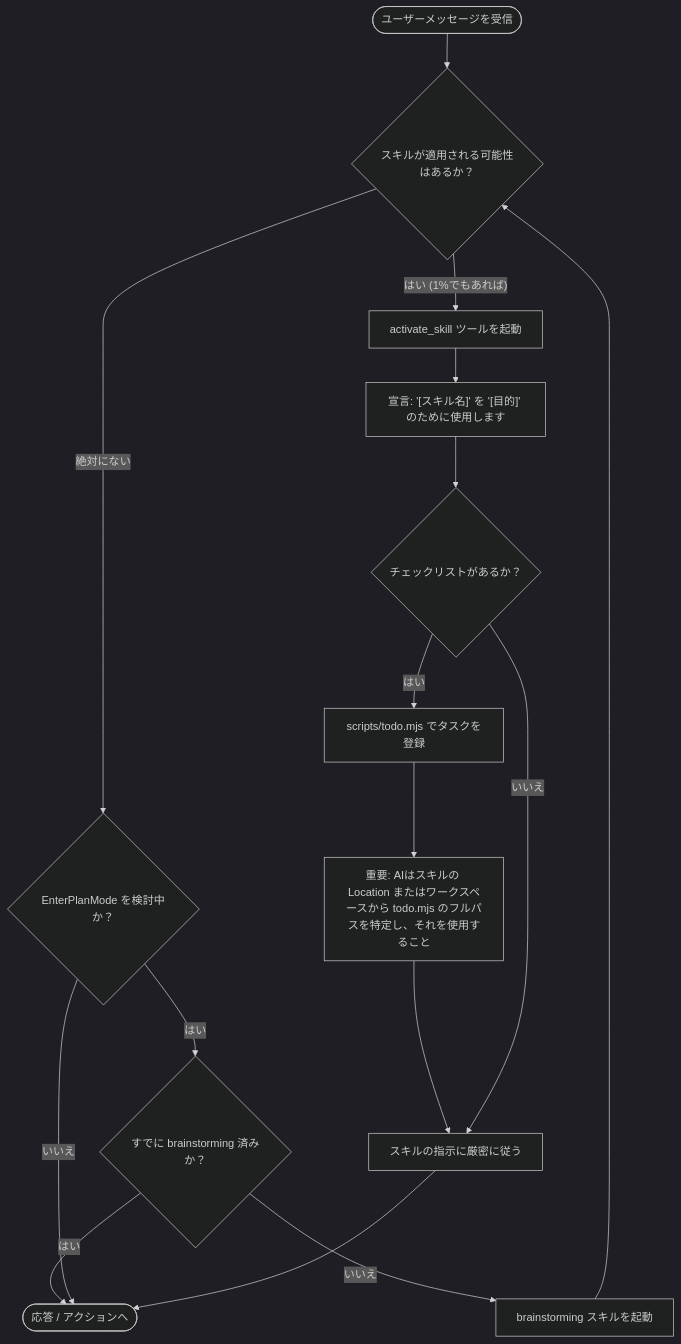
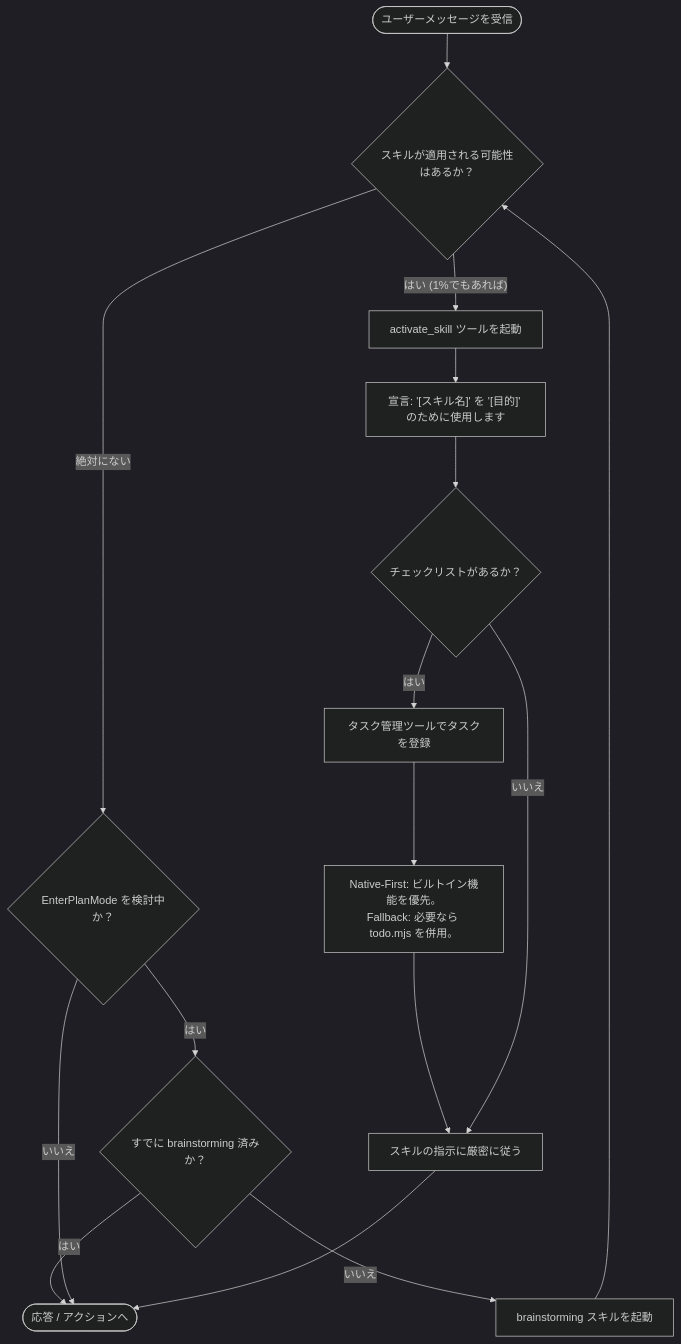
The diagram in skills/using-superpowers/SKILL.md (oki2a24/superpowerssuperpowers), drawn with Mermaid (dark theme) before and after one commit. The commit also changed 13 other files, not shown here.

````diff
--- a/skills/using-superpowers/SKILL.md
+++ b/skills/using-superpowers/SKILL.md
@@ -48,21 +48,21 @@
 ```mermaid
 graph TD
     A([ユーザーメッセージを受信]) --> B{スキルが適用される可能性はあるか？}
     B -- "はい (1%でもあれば)" --> C[activate_skill ツールを起動]
     B -- "絶対にない" --> P{EnterPlanMode を検討中か？}
 
     P -- "はい" --> Q{すでに brainstorming 済みか？}
     Q -- "いいえ" --> R[brainstorming スキルを起動]
     R --> B
     Q -- "はい" --> H([応答 / アクションへ])
     P -- "いいえ" --> H
 
     C --> D["宣言: '[スキル名]' を '[目的]' のために使用します"]
     D --> E{チェックリストがあるか？}
-    E -- "はい" --> F["scripts/todo.mjs でタスクを登録"]
-    F --> G_PATH["重要: AIはスキルの Location またはワークスペースから todo.mjs のフルパスを特定し、それを使用すること"]
+    E -- "はい" --> F["タスク管理ツールでタスクを登録"]
+    F --> G_PATH["Native-First: ビルトイン機能を優先。<br/>Fallback: 必要なら todo.mjs を併用。"]
     G_PATH --> G
     E -- "いいえ" --> G[スキルの指示に厳密に従う]
 
     G --> H
 ```
````
